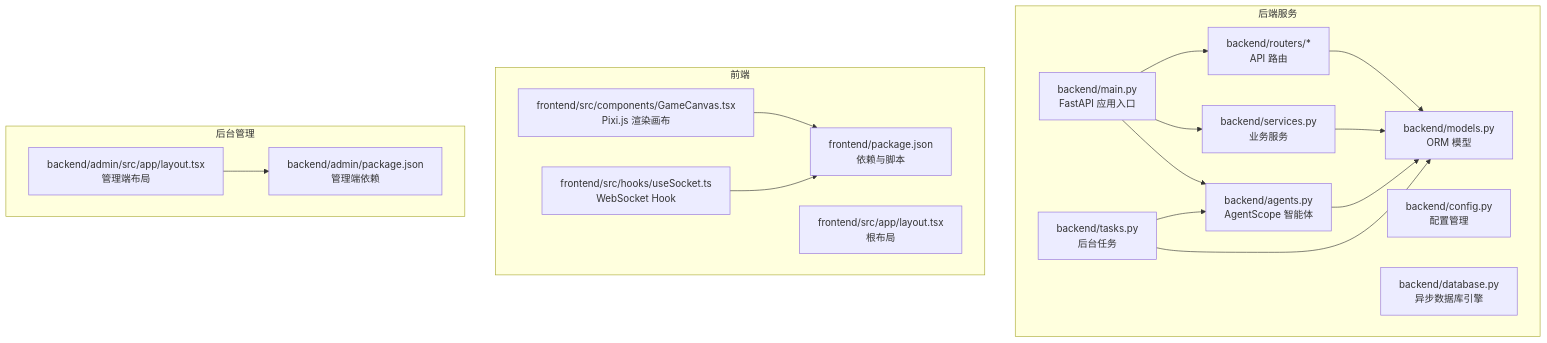
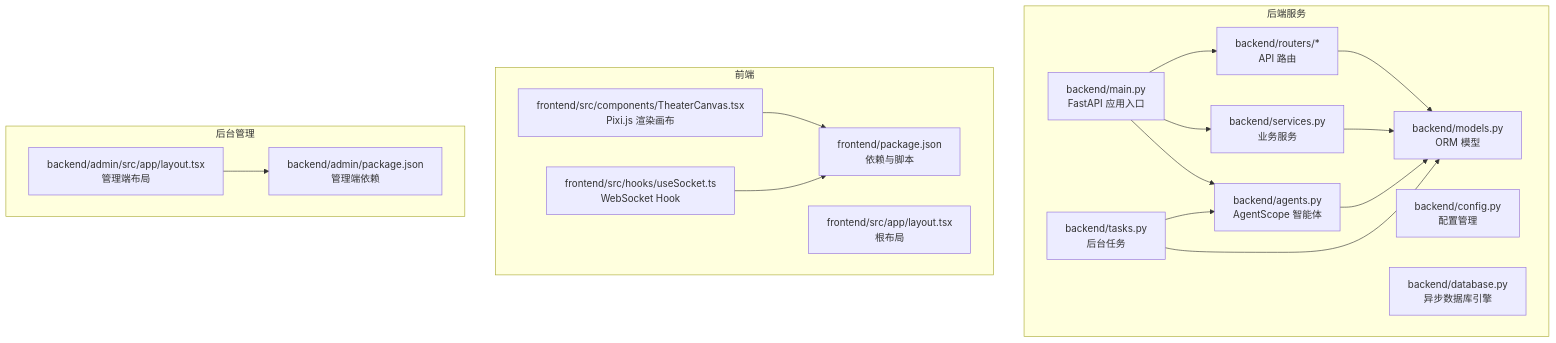
The first of 9 diagrams in .qoder/repowiki/zh/content/项目概述/技术栈与架构概览.md (KunLabAI/KunFlix), drawn with Mermaid before and after one commit. The commit also changed other lines of this file and 112 other files, not shown here.

````diff
--- a/.qoder/repowiki/zh/content/项目概述/技术栈与架构概览.md
+++ b/.qoder/repowiki/zh/content/项目概述/技术栈与架构概览.md
@@ -53,34 +53,34 @@
 ```mermaid
 graph TB
 subgraph "后端服务"
 A_main["backend/main.py<br/>FastAPI 应用入口"]
 A_cfg["backend/config.py<br/>配置管理"]
 A_db["backend/database.py<br/>异步数据库引擎"]
 A_models["backend/models.py<br/>ORM 模型"]
 A_srv["backend/services.py<br/>业务服务"]
 A_agents["backend/agents.py<br/>AgentScope 智能体"]
 A_routers["backend/routers/*<br/>API 路由"]
 A_tasks["backend/tasks.py<br/>后台任务"]
 end
 subgraph "前端"
 F_pkg["frontend/package.json<br/>依赖与脚本"]
 F_layout["frontend/src/app/layout.tsx<br/>根布局"]
-F_canvas["frontend/src/components/GameCanvas.tsx<br/>Pixi.js 渲染画布"]
+F_canvas["frontend/src/components/TheaterCanvas.tsx<br/>Pixi.js 渲染画布"]
 F_socket["frontend/src/hooks/useSocket.ts<br/>WebSocket Hook"]
 end
 subgraph "后台管理"
 ADM_pkg["backend/admin/package.json<br/>管理端依赖"]
 ADM_layout["backend/admin/src/app/layout.tsx<br/>管理端布局"]
 end
 A_main --> A_routers
 A_main --> A_srv
 A_main --> A_agents
 A_srv --> A_models
 A_agents --> A_models
 A_routers --> A_models
 A_tasks --> A_agents
 A_tasks --> A_models
 F_canvas --> F_pkg
 F_socket --> F_pkg
 ADM_layout --> ADM_pkg
 ```
````
